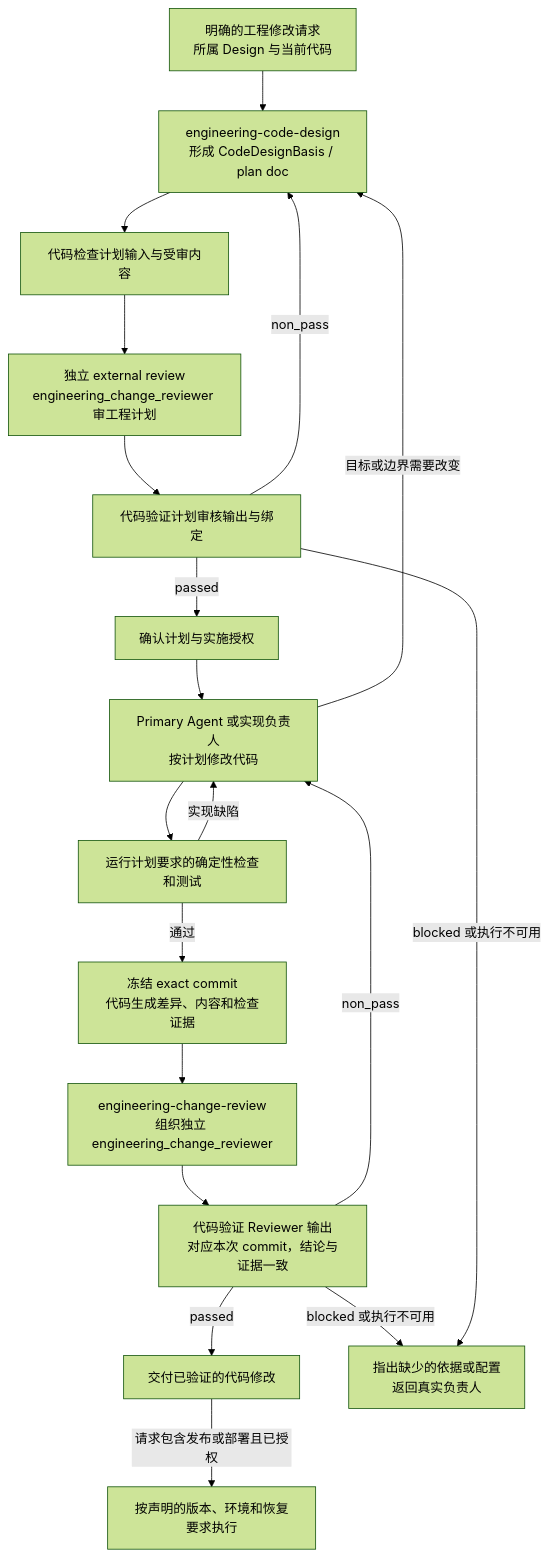
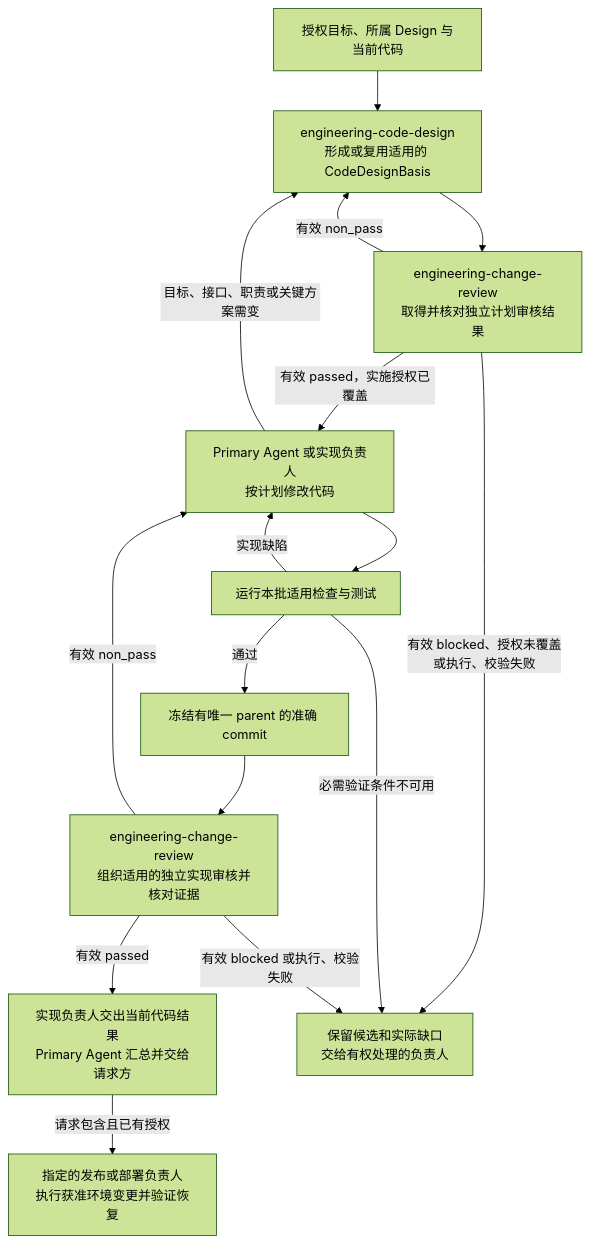
The diagram in designDoc/the_software_delivery.md (bobaoai/ai_project_management_framework), drawn with Mermaid (forest theme) before and after one commit. The commit also changed other lines of this file and 103 other files, not shown here.

````diff
--- a/designDoc/the_software_delivery.md
+++ b/designDoc/the_software_delivery.md
@@ -34,21 +17,18 @@
 ```mermaid
 flowchart TD
-    R["明确的工程修改请求<br/>所属 Design 与当前代码"] --> P["engineering-code-design<br/>形成 CodeDesignBasis / plan doc"]
-    P --> PC["代码检查计划输入与受审内容"]
-    PC --> PR["独立 external review<br/>engineering_change_reviewer 审工程计划"]
-    PR --> PV["代码验证计划审核输出与绑定"]
-    PV -->|passed| A["确认计划与实施授权"]
-    PV -->|non_pass| P
-    A --> I["Primary Agent 或实现负责人<br/>按计划修改代码"]
-    I --> C["运行计划要求的确定性检查和测试"]
-    C -->|通过| F["冻结 exact commit<br/>代码生成差异、内容和检查证据"]
-    F --> H["engineering-change-review<br/>组织独立 engineering_change_reviewer"]
-    H --> V["代码验证 Reviewer 输出<br/>对应本次 commit，结论与证据一致"]
-    V -->|passed| D["交付已验证的代码修改"]
-    C -->|实现缺陷| I
-    V -->|non_pass| I
-    I -->|目标或边界需要改变| P
-    V -->|blocked 或执行不可用| B["指出缺少的依据或配置<br/>返回真实负责人"]
-    PV -->|blocked 或执行不可用| B
-    D -->|请求包含发布或部署且已授权| E["按声明的版本、环境和恢复要求执行"]
+    A["授权目标、所属 Design 与当前代码"] --> B["engineering-code-design<br/>形成或复用适用的 CodeDesignBasis"]
+    B --> C["engineering-change-review<br/>取得并核对独立计划审核结果"]
+    C -->|"有效 passed，实施授权已覆盖"| D["Primary Agent 或实现负责人<br/>按计划修改代码"]
+    C -->|"有效 non_pass"| B
+    D --> E["运行本批适用检查与测试"]
+    E -->|"实现缺陷"| D
+    E -->|"通过"| F["冻结有唯一 parent 的准确 commit"]
+    F --> G["engineering-change-review<br/>组织适用的独立实现审核并核对证据"]
+    G -->|"有效 passed"| H["实现负责人交出当前代码结果<br/>Primary Agent 汇总并交给请求方"]
+    G -->|"有效 non_pass"| D
+    D -->|"目标、接口、职责或关键方案需变"| B
+    C -->|"有效 blocked、授权未覆盖<br/>或执行、校验失败"| I["保留候选和实际缺口<br/>交给有权处理的负责人"]
+    E -->|"必需验证条件不可用"| I
+    G -->|"有效 blocked 或执行、校验失败"| I
+    H -->|"请求包含且已有授权"| J["指定的发布或部署负责人<br/>执行获准环境变更并验证恢复"]
 ```
````
